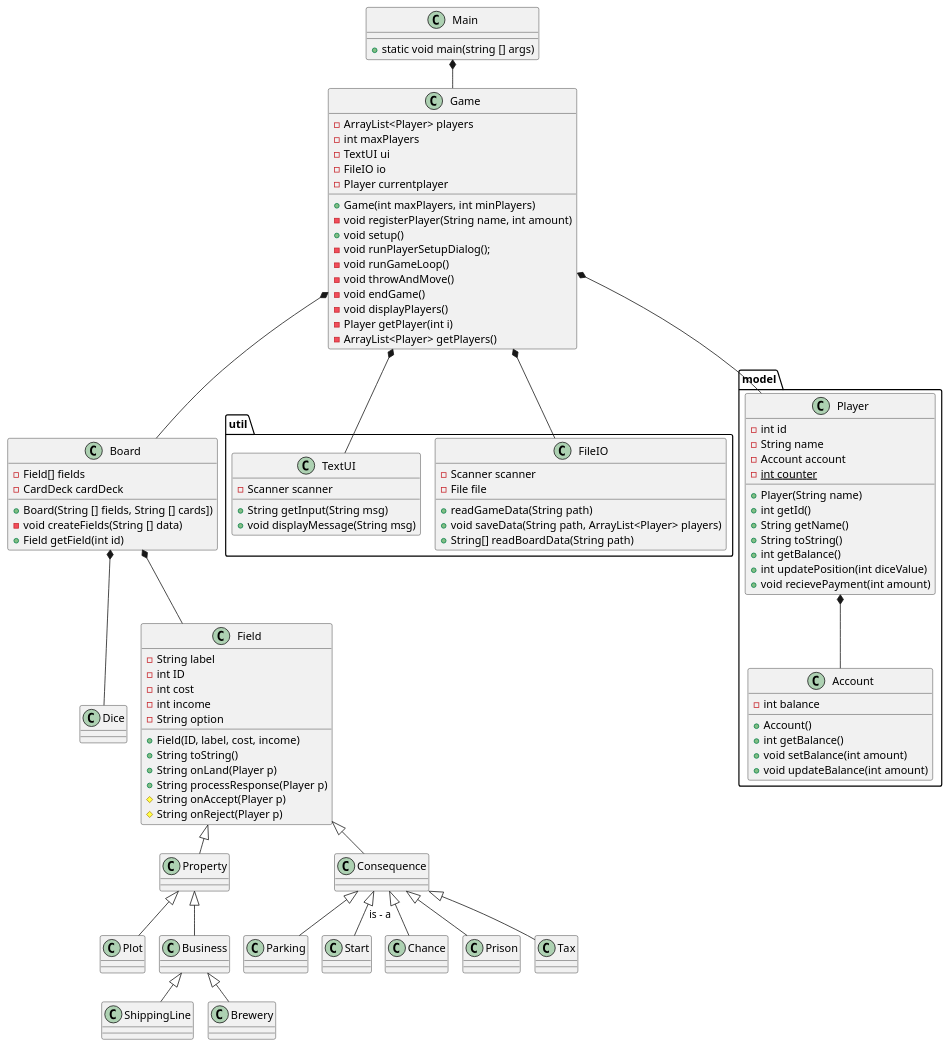
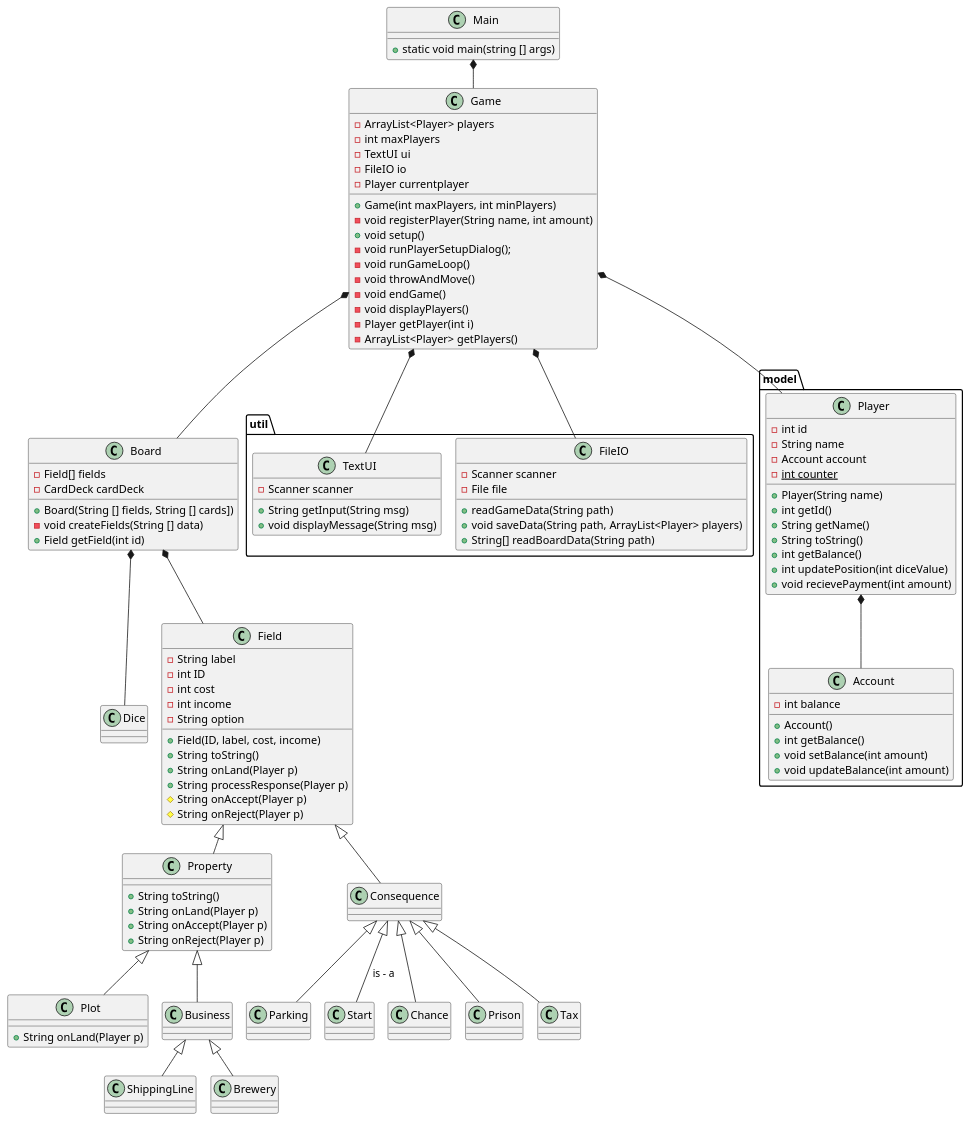
The diagram in doc/classdiagram.puml (babanoelk/Monopoly), drawn with PlantUML before and after one commit. The commit also changed 1 other file, not shown here.

```diff
--- a/doc/classdiagram.puml
+++ b/doc/classdiagram.puml
@@ -1,123 +1,130 @@
 @startuml
 'https://plantuml.com/class-diagram
 !pragma layout smetana
 
 
 class Main
 class Game
 
 package "util"{
 class TextUI
 class FileIO
 }
 package "model"{
 class Player
 class Account
 }
 class Dice
 class Board
 
 class Field
-class Property
+class Property {
+    + String toString()
+    + String onLand(Player p)
+    + String onAccept(Player p)
+    + String onReject(Player p)
+}
 class Consequence
 class Business
-class Plot
+class Plot {
+    + String onLand(Player p)
+}
 class Prison
 class Tax
 class Parking
 class Start
 class Chance
 class ShippingLine
 class Brewery
 
 
 
 Main *-- Game
 Game *-- TextUI
 Game *-- FileIO
 Game *-- Player
 Player *-- Account
 Game *--Board
 Board *-- Dice
 Board *-- Field
 Field <|-- Property
 Field <|-- Consequence
 Property <|-- Business
 Property <|-- Plot
 Business <|-- ShippingLine
 Business <|-- Brewery
 Consequence <|-- Prison
 Consequence <|-- Tax
 Consequence <|-- Parking
 Consequence <|-- Start : is - a
 Consequence <|-- Chance
 
 
 Main : + static void main(string [] args)
 
 
 Player : -int id
 Player  : -String name
 Player  : -Account account
 Player  : -{static} int counter
 Player  : +Player(String name)
 Player  : +int getId()
 Player  : +String getName()
 Player  : +String toString()
 Player  : +int getBalance()
 Player  : +int updatePosition(int diceValue)
 Player  : +void recievePayment(int amount)
 
 
 Account : - int balance
 Account : + Account()
 Account : + int getBalance()
 Account : + void setBalance(int amount)
 Account : + void updateBalance(int amount)
 
 Game : - ArrayList<Player> players
 Game : - int maxPlayers
 Game : - TextUI ui
 Game : - FileIO io
 Game : - Player currentplayer
 Game : + Game(int maxPlayers, int minPlayers)
 Game : - void registerPlayer(String name, int amount)
 Game : + void setup()
 Game : - void runPlayerSetupDialog();
 Game : - void runGameLoop()
 Game : - void throwAndMove()
 Game : - void endGame()
 Game : - void displayPlayers()
 Game : - Player getPlayer(int i)
 Game : - ArrayList<Player> getPlayers()
 
 TextUI : + String getInput(String msg)
 TextUI : - Scanner scanner
 TextUI : + void displayMessage(String msg)
 
 FileIO : - Scanner scanner
 FileIO : - File file
 FileIO : + readGameData(String path)
 FileIO : + void saveData(String path, ArrayList<Player> players)
 FileIO : + String[] readBoardData(String path)
 
 Field : - String label
 Field : - int ID
 Field : - int cost
 Field : - int income
 Field : - String option
 Field : + Field(ID, label, cost, income)
 Field : + String toString()
 Field : + String onLand(Player p)
 Field : + String processResponse(Player p)
 Field : # String onAccept(Player p)
 Field : # String onReject(Player p)
 
 
 Board : - Field[] fields
 Board : - CardDeck cardDeck
 Board : + Board(String [] fields, String [] cards])
 Board : - void createFields(String [] data)
 Board : + Field getField(int id)
 
 @enduml
```
